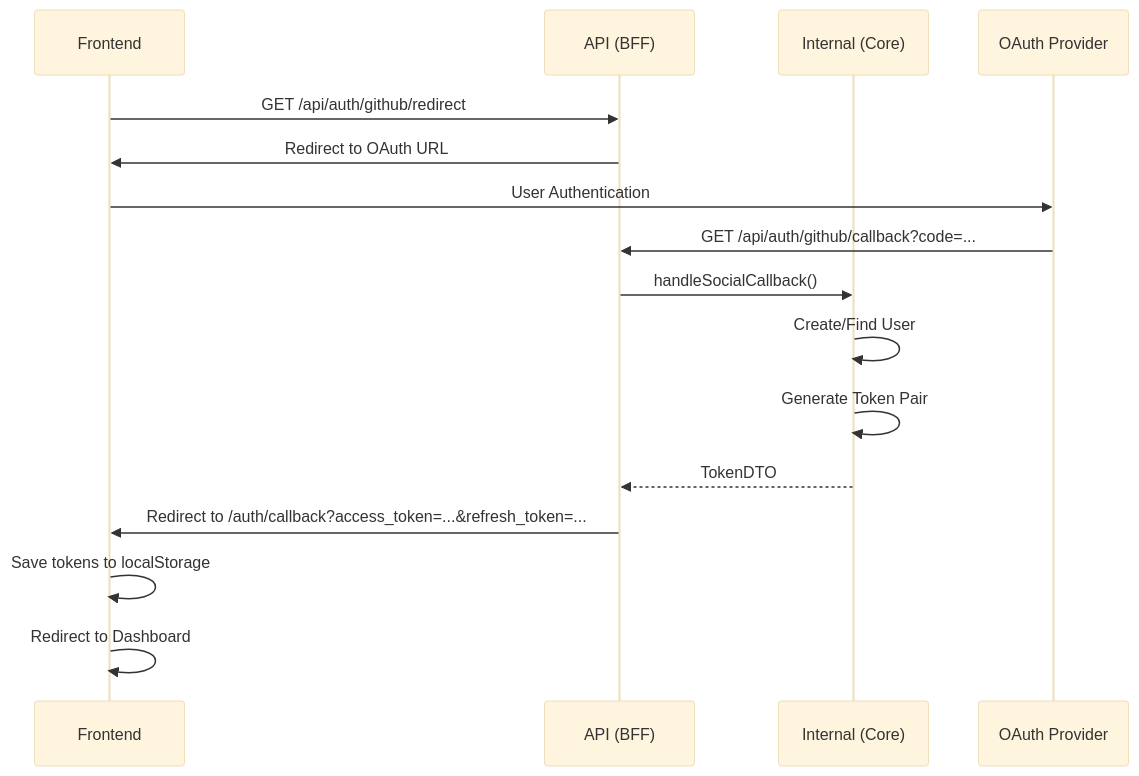
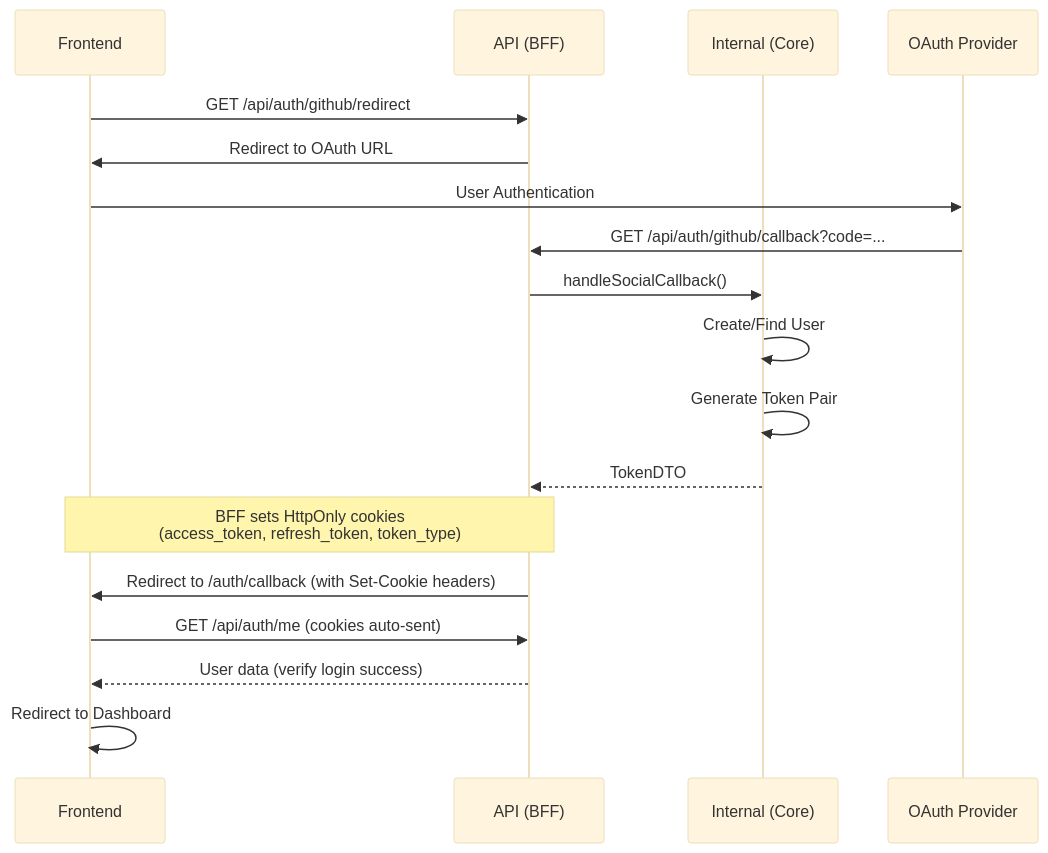
Before and after one commit to shaul1991/toy-core-system: the first of 2 diagrams in docs/BFF.md, drawn with Mermaid (base theme). The commit also changed other lines of this file and 2 other files, not shown here.

First line of the commit message:
fix(bff): 쿠키 설정 동적 결정 및 문서/프론트엔드 업데이트

````diff
--- a/docs/BFF.md
+++ b/docs/BFF.md
@@ -86,19 +89,21 @@
 ```mermaid
 sequenceDiagram
     participant F as Frontend
     participant A as API (BFF)
     participant I as Internal (Core)
     participant O as OAuth Provider
 
     F->>A: GET /api/auth/github/redirect
     A->>F: Redirect to OAuth URL
     F->>O: User Authentication
     O->>A: GET /api/auth/github/callback?code=...
     A->>I: handleSocialCallback()
     I->>I: Create/Find User
     I->>I: Generate Token Pair
     I-->>A: TokenDTO
-    A->>F: Redirect to /auth/callback?access_token=...&refresh_token=...
-    F->>F: Save tokens to localStorage
+    Note over A,F: BFF sets HttpOnly cookies<br/>(access_token, refresh_token, token_type)
+    A->>F: Redirect to /auth/callback (with Set-Cookie headers)
+    F->>A: GET /api/auth/me (cookies auto-sent)
+    A-->>F: User data (verify login success)
     F->>F: Redirect to Dashboard
 ```
````
